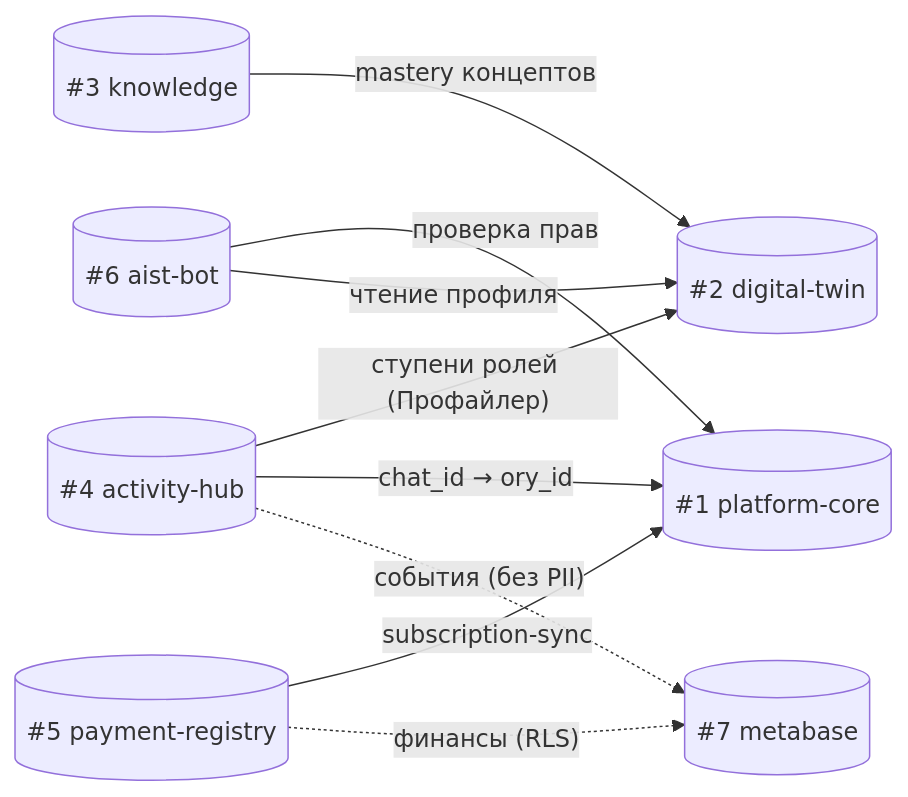
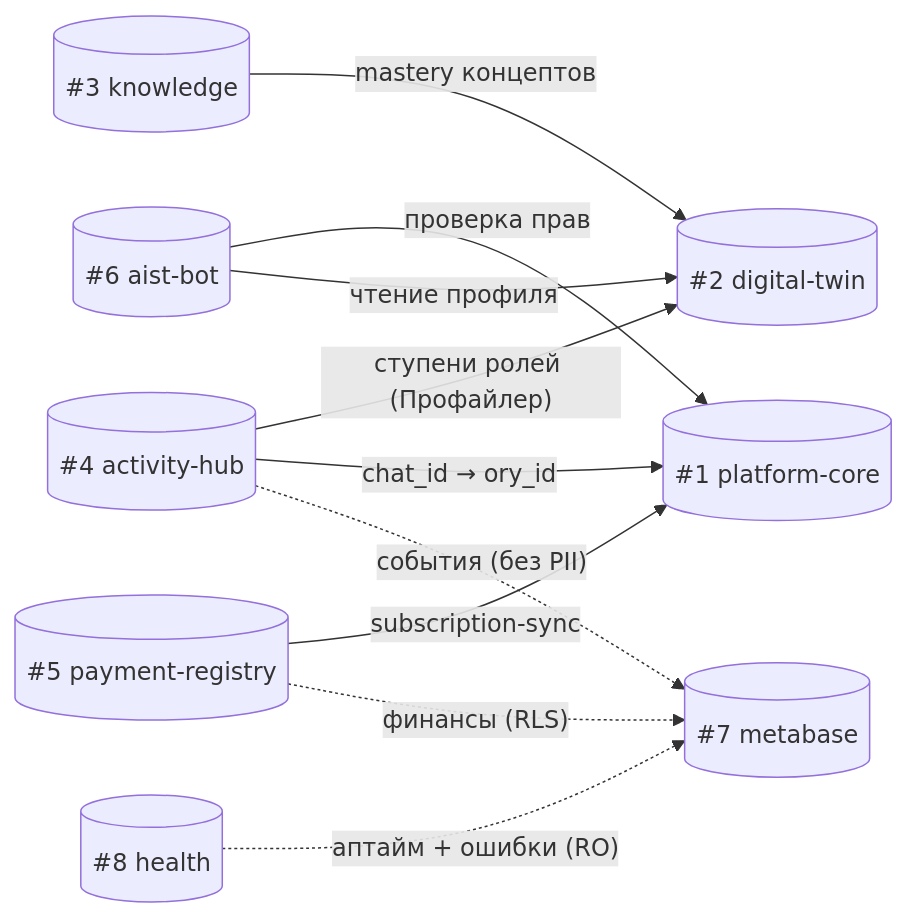
Before and after one commit to TserenTserenov/PACK-digital-platform: the third of 11 diagrams in pack/digital-platform/02-domain-entities/DP.ARCH.004-neon-data-architecture.md, drawn with Mermaid. The commit also changed other lines of this file, not shown here.

First line of the commit message:
feat: WP-244 — добавить DB #8 health в целевую архитектуру Neon (DP.ARCH.004)

````diff
--- a/pack/digital-platform/02-domain-entities/DP.ARCH.004-neon-data-architecture.md
+++ b/pack/digital-platform/02-domain-entities/DP.ARCH.004-neon-data-architecture.md
@@ -276,19 +290,21 @@
 ```mermaid
 graph LR
     PC[(#1 platform-core)]
     DT[(#2 digital-twin)]
     KN[(#3 knowledge)]
     AH[(#4 activity-hub)]
     PR[(#5 payment-registry)]
     AB[(#6 aist-bot)]
     MB[(#7 metabase)]
+    HL[(#8 health)]
 
     AH -- "ступени ролей (Профайлер)" --> DT
     AH -- "chat_id → ory_id" --> PC
     PR -- "subscription-sync" --> PC
     AB -- "проверка прав" --> PC
     AB -- "чтение профиля" --> DT
     KN -- "mastery концептов" --> DT
     PR -. "финансы (RLS)" .-> MB
     AH -. "события (без PII)" .-> MB
+    HL -. "аптайм + ошибки (RO)" .-> MB
 ```
````
